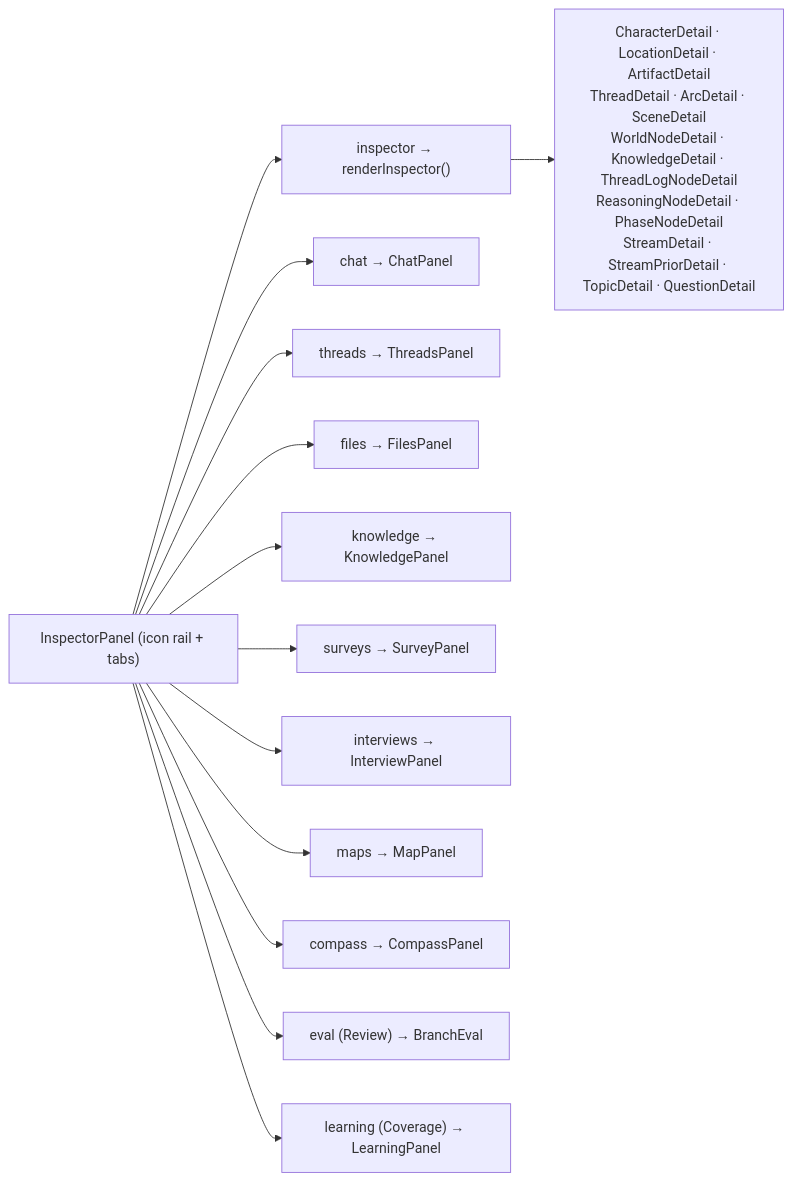
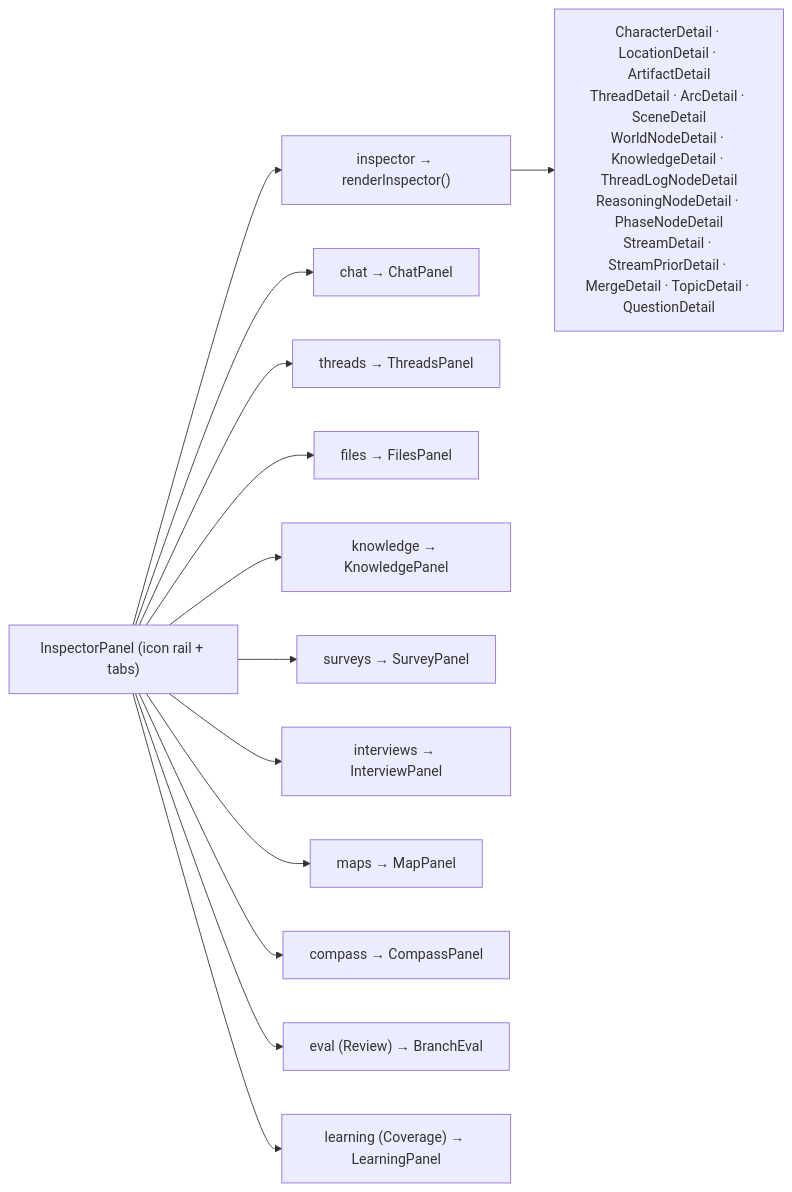
The fourth of 7 diagrams in MERMAID.md (jasonyu0100/meridians), drawn with Mermaid before and after one commit. The commit also changed other lines of this file and 1 other file, not shown here.

Commit message:
mermaid and tree

````diff
--- a/MERMAID.md
+++ b/MERMAID.md
@@ -107,16 +107,16 @@
 ```mermaid
 flowchart LR
     SP["InspectorPanel (icon rail + tabs)"]
     SP --> T1["inspector → renderInspector()"]
     SP --> T2["chat → ChatPanel"]
     SP --> T3["threads → ThreadsPanel"]
     SP --> T4["files → FilesPanel"]
     SP --> T5["knowledge → KnowledgePanel"]
     SP --> T6["surveys → SurveyPanel"]
     SP --> T7["interviews → InterviewPanel"]
     SP --> T8["maps → MapPanel"]
     SP --> T9["compass → CompassPanel"]
     SP --> T10["eval (Review) → BranchEval"]
     SP --> T11["learning (Coverage) → LearningPanel"]
-    T1 --> D["CharacterDetail · LocationDetail · ArtifactDetail<br/>ThreadDetail · ArcDetail · SceneDetail<br/>WorldNodeDetail · KnowledgeDetail · ThreadLogNodeDetail<br/>ReasoningNodeDetail · PhaseNodeDetail<br/>StreamDetail · StreamPriorDetail · TopicDetail · QuestionDetail"]
+    T1 --> D["CharacterDetail · LocationDetail · ArtifactDetail<br/>ThreadDetail · ArcDetail · SceneDetail<br/>WorldNodeDetail · KnowledgeDetail · ThreadLogNodeDetail<br/>ReasoningNodeDetail · PhaseNodeDetail<br/>StreamDetail · StreamPriorDetail · MergeDetail · TopicDetail · QuestionDetail"]
 ```
````
